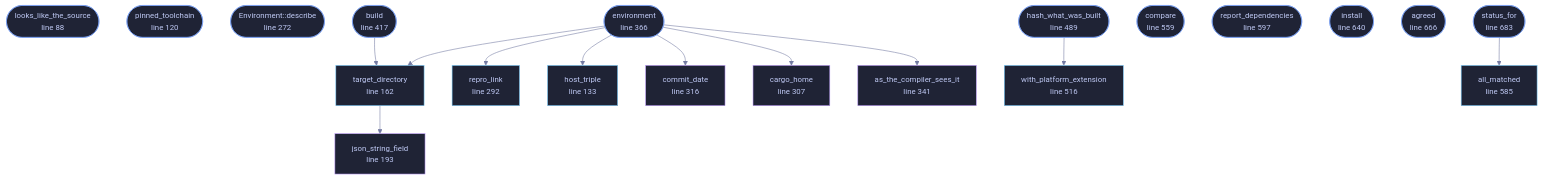
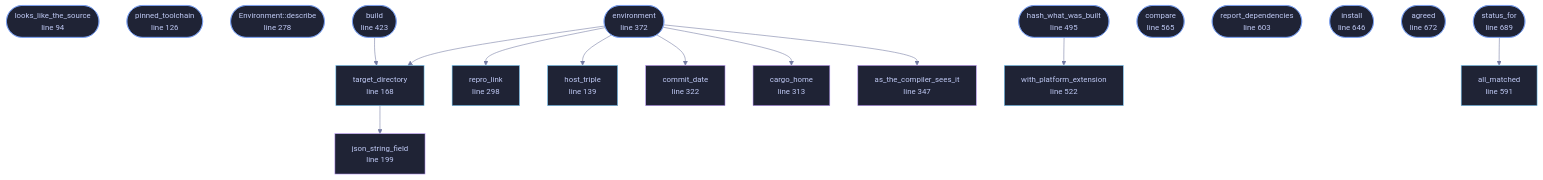
Before and after one commit to tilas01/veilvoice: the diagram in wiki/File-veilvoice-verify-builder.md, drawn with Mermaid. The commit also changed other lines of this file and 60 other files, not shown here.

````diff
--- a/wiki/File-veilvoice-verify-builder.md
+++ b/wiki/File-veilvoice-verify-builder.md
@@ -106,60 +106,60 @@
 ```mermaid
 %%{init: {"theme":"base","themeVariables":{"background":"#1a1b26","primaryColor":"#1f2335","primaryTextColor":"#c0caf5","primaryBorderColor":"#7aa2f7","secondaryColor":"#16161e","tertiaryColor":"#16161e","lineColor":"#737aa2","textColor":"#c0caf5","mainBkg":"#1f2335","nodeBorder":"#7aa2f7","clusterBkg":"#16161e","clusterBorder":"#2f3549","fontFamily":"ui-monospace, SFMono-Regular, Consolas, monospace","fontSize":"14px"}}}%%
 flowchart TD
-    n_looks_like_the_source(["looks_like_the_source<br/>line 88"])
-    n_pinned_toolchain(["pinned_toolchain<br/>line 120"])
-    n_host_triple["host_triple<br/>line 133"]
-    n_target_directory["target_directory<br/>line 162"]
-    n_json_string_field["json_string_field<br/>line 193"]
-    n_describe(["Environment::describe<br/>line 272"])
-    n_repro_link["repro_link<br/>line 292"]
-    n_cargo_home["cargo_home<br/>line 307"]
-    n_commit_date["commit_date<br/>line 316"]
-    n_as_the_compiler_sees_it["as_the_compiler_sees_it<br/>line 341"]
-    n_environment(["environment<br/>line 366"])
-    n_build(["build<br/>line 417"])
-    n_hash_what_was_built(["hash_what_was_built<br/>line 489"])
-    n_with_platform_extension["with_platform_extension<br/>line 516"]
-    n_compare(["compare<br/>line 559"])
-    n_all_matched["all_matched<br/>line 585"]
-    n_report_dependencies(["report_dependencies<br/>line 597"])
-    n_install(["install<br/>line 640"])
-    n_agreed(["agreed<br/>line 666"])
-    n_status_for(["status_for<br/>line 683"])
+    n_looks_like_the_source(["looks_like_the_source<br/>line 94"])
+    n_pinned_toolchain(["pinned_toolchain<br/>line 126"])
+    n_host_triple["host_triple<br/>line 139"]
+    n_target_directory["target_directory<br/>line 168"]
+    n_json_string_field["json_string_field<br/>line 199"]
+    n_describe(["Environment::describe<br/>line 278"])
+    n_repro_link["repro_link<br/>line 298"]
+    n_cargo_home["cargo_home<br/>line 313"]
+    n_commit_date["commit_date<br/>line 322"]
+    n_as_the_compiler_sees_it["as_the_compiler_sees_it<br/>line 347"]
+    n_environment(["environment<br/>line 372"])
+    n_build(["build<br/>line 423"])
+    n_hash_what_was_built(["hash_what_was_built<br/>line 495"])
+    n_with_platform_extension["with_platform_extension<br/>line 522"]
+    n_compare(["compare<br/>line 565"])
+    n_all_matched["all_matched<br/>line 591"]
+    n_report_dependencies(["report_dependencies<br/>line 603"])
+    n_install(["install<br/>line 646"])
+    n_agreed(["agreed<br/>line 672"])
+    n_status_for(["status_for<br/>line 689"])
     n_build --> n_target_directory
     n_environment --> n_as_the_compiler_sees_it
     n_environment --> n_cargo_home
     n_environment --> n_commit_date
     n_environment --> n_host_triple
     n_environment --> n_repro_link
     n_environment --> n_target_directory
     n_hash_what_was_built --> n_with_platform_extension
     n_status_for --> n_all_matched
     n_target_directory --> n_json_string_field
-    click n_looks_like_the_source href "https://github.com/tilas01/veilvoice/blob/main/crates/veilvoice-verify/src/builder.rs#L88" "open the source"
-    click n_pinned_toolchain href "https://github.com/tilas01/veilvoice/blob/main/crates/veilvoice-verify/src/builder.rs#L120" "open the source"
-    click n_host_triple href "https://github.com/tilas01/veilvoice/blob/main/crates/veilvoice-verify/src/builder.rs#L133" "open the source"
-    click n_target_directory href "https://github.com/tilas01/veilvoice/blob/main/crates/veilvoice-verify/src/builder.rs#L162" "open the source"
-    click n_json_string_field href "https://github.com/tilas01/veilvoice/blob/main/crates/veilvoice-verify/src/builder.rs#L193" "open the source"
-    click n_describe href "https://github.com/tilas01/veilvoice/blob/main/crates/veilvoice-verify/src/builder.rs#L272" "open the source"
-    click n_repro_link href "https://github.com/tilas01/veilvoice/blob/main/crates/veilvoice-verify/src/builder.rs#L292" "open the source"
-    click n_cargo_home href "https://github.com/tilas01/veilvoice/blob/main/crates/veilvoice-verify/src/builder.rs#L307" "open the source"
-    click n_commit_date href "https://github.com/tilas01/veilvoice/blob/main/crates/veilvoice-verify/src/builder.rs#L316" "open the source"
-    click n_as_the_compiler_sees_it href "https://github.com/tilas01/veilvoice/blob/main/crates/veilvoice-verify/src/builder.rs#L341" "open the source"
-    click n_environment href "https://github.com/tilas01/veilvoice/blob/main/crates/veilvoice-verify/src/builder.rs#L366" "open the source"
-    click n_build href "https://github.com/tilas01/veilvoice/blob/main/crates/veilvoice-verify/src/builder.rs#L417" "open the source"
-    click n_hash_what_was_built href "https://github.com/tilas01/veilvoice/blob/main/crates/veilvoice-verify/src/builder.rs#L489" "open the source"
-    click n_with_platform_extension href "https://github.com/tilas01/veilvoice/blob/main/crates/veilvoice-verify/src/builder.rs#L516" "open the source"
-    click n_compare href "https://github.com/tilas01/veilvoice/blob/main/crates/veilvoice-verify/src/builder.rs#L559" "open the source"
-    click n_all_matched href "https://github.com/tilas01/veilvoice/blob/main/crates/veilvoice-verify/src/builder.rs#L585" "open the source"
-    click n_report_dependencies href "https://github.com/tilas01/veilvoice/blob/main/crates/veilvoice-verify/src/builder.rs#L597" "open the source"
-    click n_install href "https://github.com/tilas01/veilvoice/blob/main/crates/veilvoice-verify/src/builder.rs#L640" "open the source"
-    click n_agreed href "https://github.com/tilas01/veilvoice/blob/main/crates/veilvoice-verify/src/builder.rs#L666" "open the source"
-    click n_status_for href "https://github.com/tilas01/veilvoice/blob/main/crates/veilvoice-verify/src/builder.rs#L683" "open the source"
+    click n_looks_like_the_source href "https://github.com/tilas01/veilvoice/blob/main/crates/veilvoice-verify/src/builder.rs#L94" "open the source"
+    click n_pinned_toolchain href "https://github.com/tilas01/veilvoice/blob/main/crates/veilvoice-verify/src/builder.rs#L126" "open the source"
+    click n_host_triple href "https://github.com/tilas01/veilvoice/blob/main/crates/veilvoice-verify/src/builder.rs#L139" "open the source"
+    click n_target_directory href "https://github.com/tilas01/veilvoice/blob/main/crates/veilvoice-verify/src/builder.rs#L168" "open the source"
+    click n_json_string_field href "https://github.com/tilas01/veilvoice/blob/main/crates/veilvoice-verify/src/builder.rs#L199" "open the source"
+    click n_describe href "https://github.com/tilas01/veilvoice/blob/main/crates/veilvoice-verify/src/builder.rs#L278" "open the source"
+    click n_repro_link href "https://github.com/tilas01/veilvoice/blob/main/crates/veilvoice-verify/src/builder.rs#L298" "open the source"
+    click n_cargo_home href "https://github.com/tilas01/veilvoice/blob/main/crates/veilvoice-verify/src/builder.rs#L313" "open the source"
+    click n_commit_date href "https://github.com/tilas01/veilvoice/blob/main/crates/veilvoice-verify/src/builder.rs#L322" "open the source"
+    click n_as_the_compiler_sees_it href "https://github.com/tilas01/veilvoice/blob/main/crates/veilvoice-verify/src/builder.rs#L347" "open the source"
+    click n_environment href "https://github.com/tilas01/veilvoice/blob/main/crates/veilvoice-verify/src/builder.rs#L372" "open the source"
+    click n_build href "https://github.com/tilas01/veilvoice/blob/main/crates/veilvoice-verify/src/builder.rs#L423" "open the source"
+    click n_hash_what_was_built href "https://github.com/tilas01/veilvoice/blob/main/crates/veilvoice-verify/src/builder.rs#L495" "open the source"
+    click n_with_platform_extension href "https://github.com/tilas01/veilvoice/blob/main/crates/veilvoice-verify/src/builder.rs#L522" "open the source"
+    click n_compare href "https://github.com/tilas01/veilvoice/blob/main/crates/veilvoice-verify/src/builder.rs#L565" "open the source"
+    click n_all_matched href "https://github.com/tilas01/veilvoice/blob/main/crates/veilvoice-verify/src/builder.rs#L591" "open the source"
+    click n_report_dependencies href "https://github.com/tilas01/veilvoice/blob/main/crates/veilvoice-verify/src/builder.rs#L603" "open the source"
+    click n_install href "https://github.com/tilas01/veilvoice/blob/main/crates/veilvoice-verify/src/builder.rs#L646" "open the source"
+    click n_agreed href "https://github.com/tilas01/veilvoice/blob/main/crates/veilvoice-verify/src/builder.rs#L672" "open the source"
+    click n_status_for href "https://github.com/tilas01/veilvoice/blob/main/crates/veilvoice-verify/src/builder.rs#L689" "open the source"
     classDef entry fill:#1f2335,stroke:#7aa2f7,color:#c0caf5
     class n_looks_like_the_source,n_pinned_toolchain,n_describe,n_environment,n_build,n_hash_what_was_built,n_compare,n_report_dependencies,n_install,n_agreed,n_status_for entry
     classDef api fill:#1f2335,stroke:#7dcfff,color:#c0caf5
     class n_host_triple,n_target_directory,n_repro_link,n_with_platform_extension,n_all_matched api
     classDef helper fill:#1f2335,stroke:#bb9af7,color:#c0caf5
     class n_json_string_field,n_cargo_home,n_commit_date,n_as_the_compiler_sees_it helper
 ```
````
